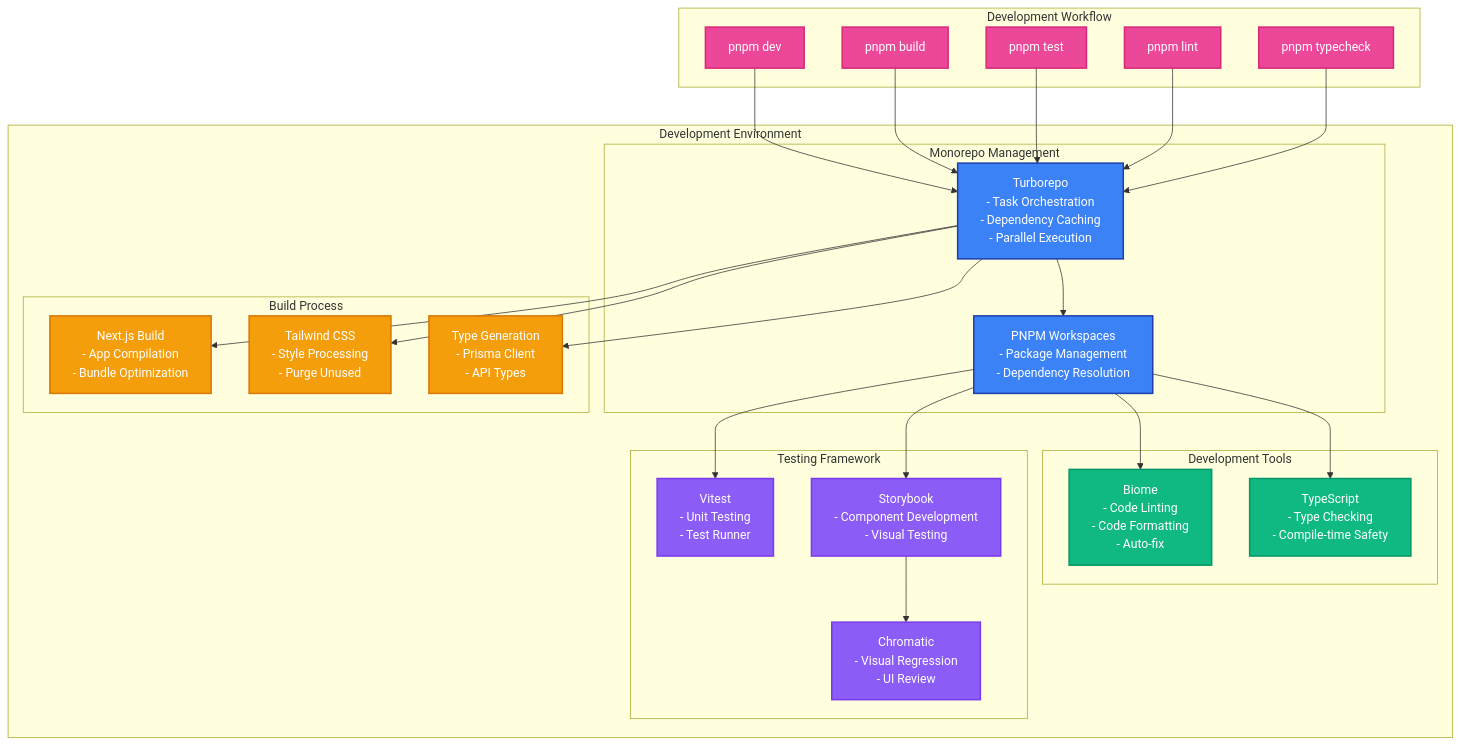
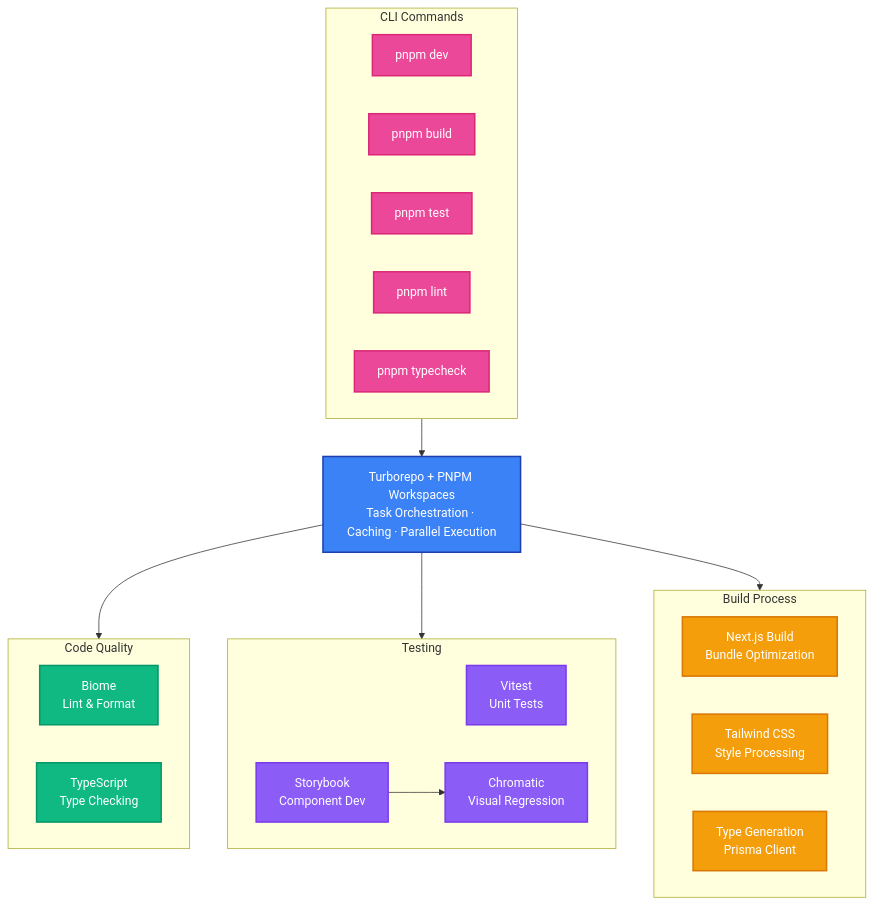
One commit to k2bg-technology/k2bg-branding changed the second of 2 diagrams in README.md. Above: the diagram before and after it, drawn with Mermaid. The commit also changed other lines of this file and 2 other files, not shown here.

Commit message:
📝 Docs: Simplify Mermaid diagrams in README documentation
Reduces complexity and nesting in architecture diagrams across
monorepo root, blog, and portfolio READMEs for better readability.

Consolidates verbose subgraph structures into flatter layouts,
shortens node labels, and groups related items more logically.

Adds clickable links to module specification files in blog README
for easier navigation to detailed documentation.

````diff
--- a/README.md
+++ b/README.md
@@ -128,64 +118,47 @@
 ```mermaid
 flowchart TB
-    subgraph "Development Environment"
-        subgraph "Monorepo Management"
-            Turborepo["Turborepo<br/>- Task Orchestration<br/>- Dependency Caching<br/>- Parallel Execution"]
-            PNPMWorkspaces["PNPM Workspaces<br/>- Package Management<br/>- Dependency Resolution"]
-        end
-
-        subgraph "Development Tools"
-            BiomeTool["Biome<br/>- Code Linting<br/>- Code Formatting<br/>- Auto-fix"]
-            TypeScriptTool["TypeScript<br/>- Type Checking<br/>- Compile-time Safety"]
-        end
-
-        subgraph "Testing Framework"
-            VitestTool["Vitest<br/>- Unit Testing<br/>- Test Runner"]
-            StorybookTool["Storybook<br/>- Component Development<br/>- Visual Testing"]
-            ChromaticTool["Chromatic<br/>- Visual Regression<br/>- UI Review"]
-        end
-
-        subgraph "Build Process"
-            NextJSBuild["Next.js Build<br/>- App Compilation<br/>- Bundle Optimization"]
-            TailwindBuild["Tailwind CSS<br/>- Style Processing<br/>- Purge Unused"]
-            TypeGeneration["Type Generation<br/>- Prisma Client<br/>- API Types"]
-        end
-    end
-
-    subgraph "Development Workflow"
-        DevStart["pnpm dev"]
-        BuildProcess["pnpm build"]
-        TestSuite["pnpm test"]
-        LintCheck["pnpm lint"]
+    subgraph commands["CLI Commands"]
+        Dev["pnpm dev"]
+        Build["pnpm build"]
+        Test["pnpm test"]
+        Lint["pnpm lint"]
         TypeCheck["pnpm typecheck"]
     end
 
-    DevStart --> Turborepo
-    BuildProcess --> Turborepo
-    TestSuite --> Turborepo
-    LintCheck --> Turborepo
-    TypeCheck --> Turborepo
+    Turbo["Turborepo + PNPM Workspaces<br/>Task Orchestration · Caching · Parallel Execution"]
 
-    Turborepo --> PNPMWorkspaces
-    Turborepo --> NextJSBuild
-    Turborepo --> TailwindBuild
-    Turborepo --> TypeGeneration
+    subgraph quality["Code Quality"]
+        Biome["Biome<br/>Lint & Format"]
+        TS["TypeScript<br/>Type Checking"]
+    end
 
-    PNPMWorkspaces --> BiomeTool
-    PNPMWorkspaces --> TypeScriptTool
-    PNPMWorkspaces --> VitestTool
-    PNPMWorkspaces --> StorybookTool
+    subgraph testing["Testing"]
+        Vitest["Vitest<br/>Unit Tests"]
+        Storybook["Storybook<br/>Component Dev"]
+        Chromatic["Chromatic<br/>Visual Regression"]
+    end
 
-    StorybookTool --> ChromaticTool
+    subgraph build["Build Process"]
+        NextJS["Next.js Build<br/>Bundle Optimization"]
+        Tailwind["Tailwind CSS<br/>Style Processing"]
+        TypeGen["Type Generation<br/>Prisma Client"]
+    end
 
-    classDef monorepoStyle fill:#3B82F6,stroke:#1E40AF,stroke-width:2px,color:#fff
-    classDef devToolStyle fill:#10B981,stroke:#059669,stroke-width:2px,color:#fff
+    commands --> Turbo
+    Turbo --> quality
+    Turbo --> testing
+    Turbo --> build
+    Storybook --> Chromatic
+
+    classDef commandStyle fill:#EC4899,stroke:#DB2777,stroke-width:2px,color:#fff
+    classDef turboStyle fill:#3B82F6,stroke:#1E40AF,stroke-width:2px,color:#fff
+    classDef qualityStyle fill:#10B981,stroke:#059669,stroke-width:2px,color:#fff
     classDef testStyle fill:#8B5CF6,stroke:#7C3AED,stroke-width:2px,color:#fff
     classDef buildStyle fill:#F59E0B,stroke:#D97706,stroke-width:2px,color:#fff
-    classDef workflowStyle fill:#EC4899,stroke:#DB2777,stroke-width:2px,color:#fff
 
-    class Turborepo,PNPMWorkspaces monorepoStyle
-    class BiomeTool,TypeScriptTool devToolStyle
-    class VitestTool,StorybookTool,ChromaticTool testStyle
-    class NextJSBuild,TailwindBuild,TypeGeneration buildStyle
-    class DevStart,BuildProcess,TestSuite,LintCheck,TypeCheck workflowStyle
+    class Dev,Build,Test,Lint,TypeCheck commandStyle
+    class Turbo turboStyle
+    class Biome,TS qualityStyle
+    class Vitest,Storybook,Chromatic testStyle
+    class NextJS,Tailwind,TypeGen buildStyle
 ```
````
